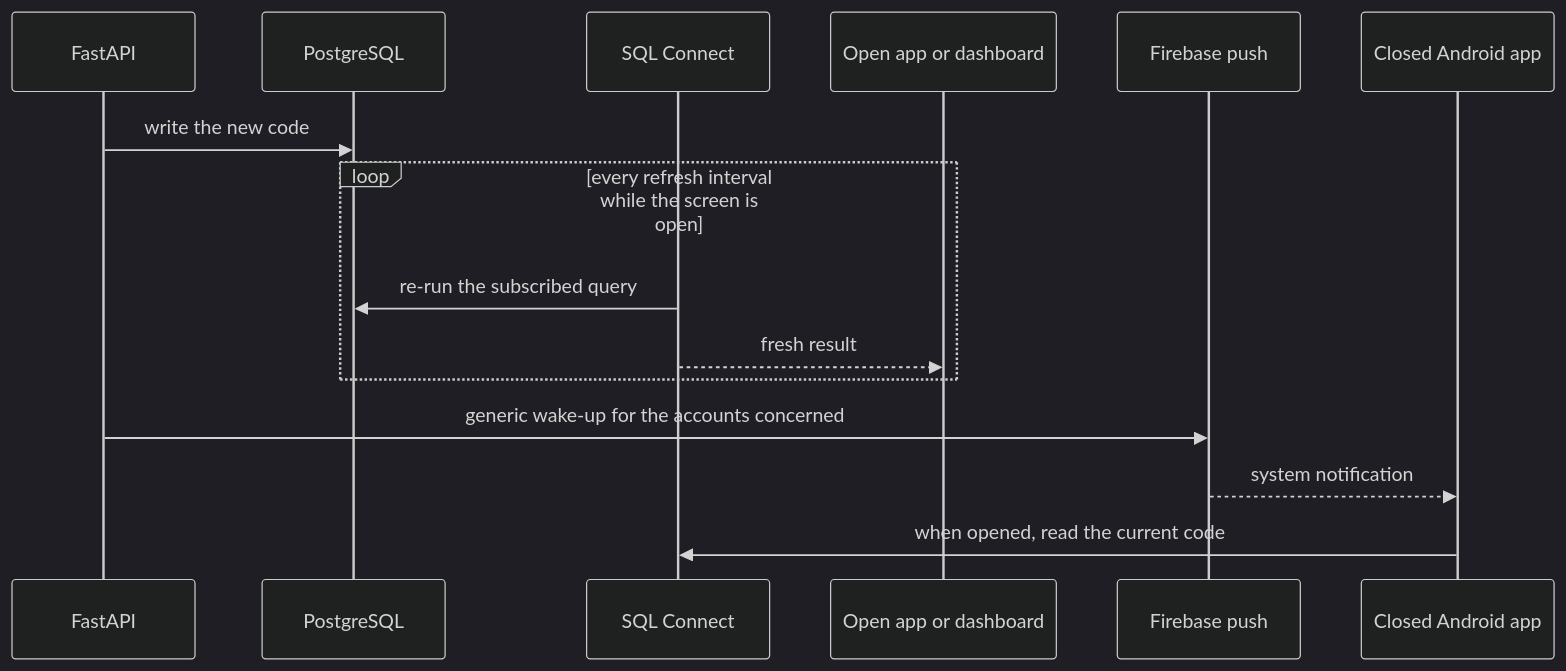
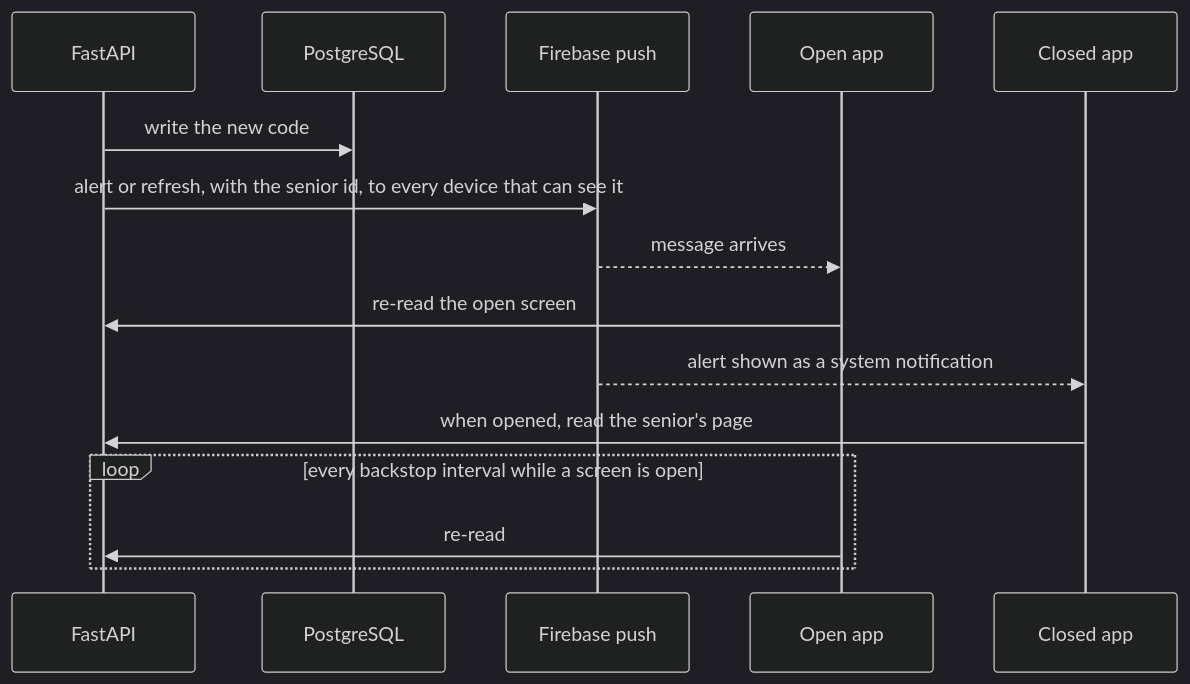
Before and after one commit to paulhondola/EchoCare: the second of 3 diagrams in docs/specs/sentinela/01-architecture.md, drawn with Mermaid (dark theme). The commit also changed other lines of this file and 6 other files, not shown here.

First line of the commit message:
Revise Sentinela MVP architecture and rules

````diff
--- a/docs/specs/sentinela/01-architecture.md
+++ b/docs/specs/sentinela/01-architecture.md
@@ -171,18 +154,18 @@
 ```mermaid
 sequenceDiagram
     participant F as FastAPI
     participant DB as PostgreSQL
-    participant SC as SQL Connect
-    participant A as Open app or dashboard
     participant P as Firebase push
-    participant C as Closed Android app
+    participant O as Open app
+    participant C as Closed app
 
     F->>DB: write the new code
-    loop every refresh interval while the screen is open
-        SC->>DB: re-run the subscribed query
-        SC-->>A: fresh result
+    F->>P: alert or refresh, with the senior id, to every device that can see it
+    P-->>O: message arrives
+    O->>F: re-read the open screen
+    P-->>C: alert shown as a system notification
+    C->>F: when opened, read the senior's page
+    loop every backstop interval while a screen is open
+        O->>F: re-read
     end
-    F->>P: generic wake-up for the accounts concerned
-    P-->>C: system notification
-    C->>SC: when opened, read the current code
 ```
````
